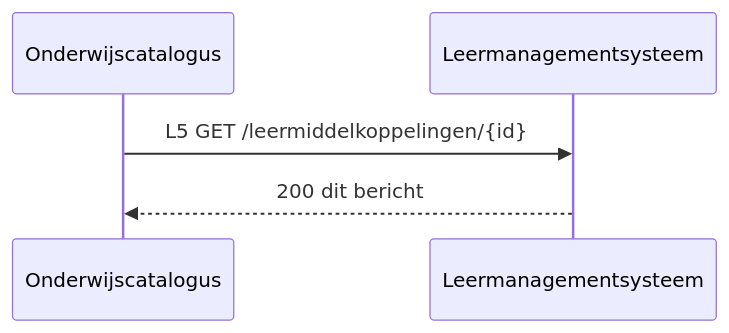
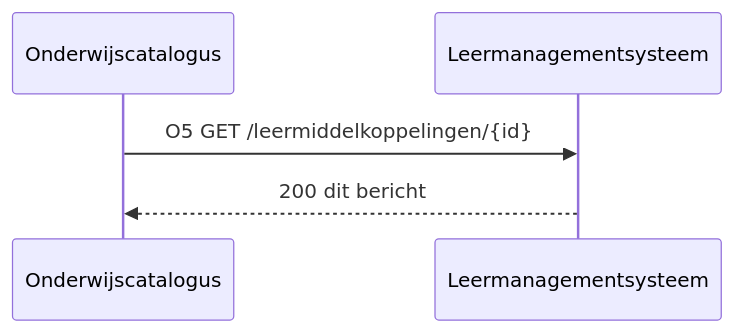
The eighth of 8 diagrams in architecture/docs/specificatie/interactie-onderwijsaanbod/is-oa-07.md (Npuls-OKx/meta), drawn with Mermaid before and after one commit. The commit also changed other lines of this file and 33 other files, not shown here.

````diff
--- a/architecture/docs/specificatie/interactie-onderwijsaanbod/is-oa-07.md
+++ b/architecture/docs/specificatie/interactie-onderwijsaanbod/is-oa-07.md
@@ -357,7 +469,7 @@
 ```mermaid
 sequenceDiagram
     participant OC as Onderwijscatalogus
     participant LMS as Leermanagementsysteem
-    OC->>LMS: L5 GET /leermiddelkoppelingen/{id}
+    OC->>LMS: O5 GET /leermiddelkoppelingen/{id}
     LMS-->>OC: 200 dit bericht
 ```
````
